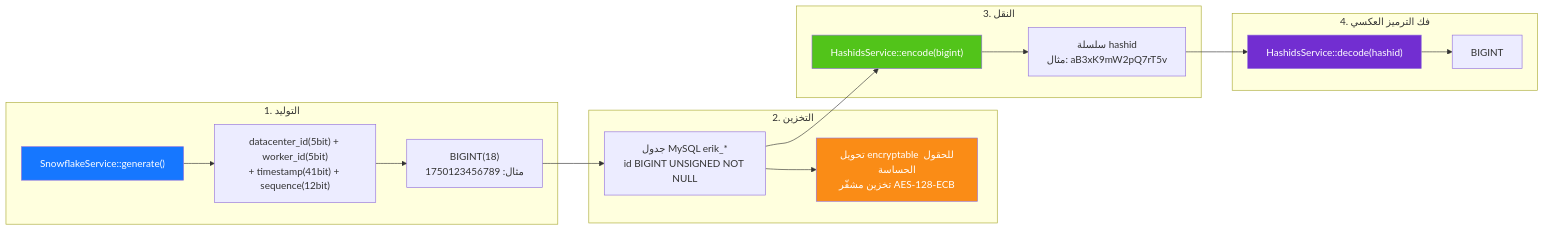
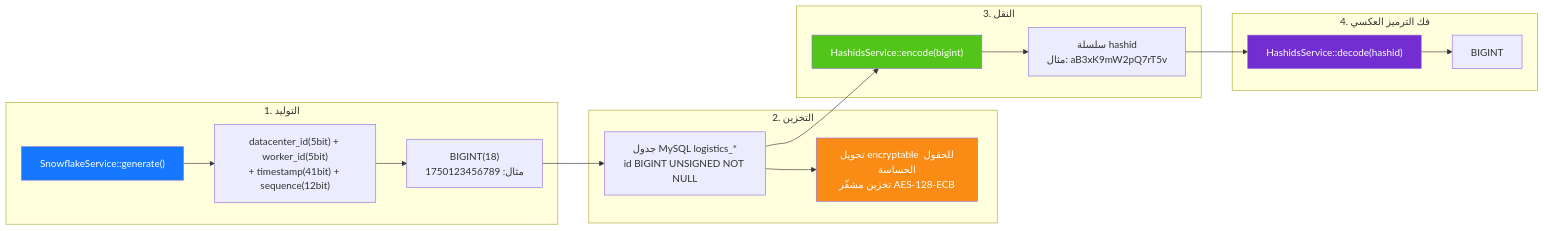
Before and after one commit to erikwang2013/integrated-global-logistics: the diagram in admin/docs/diagrams/06-id-lifecycle.ar.md, drawn with Mermaid. The commit also changed 211 other files, not shown here.

````diff
--- a/admin/docs/diagrams/06-id-lifecycle.ar.md
+++ b/admin/docs/diagrams/06-id-lifecycle.ar.md
@@ -7,32 +7,32 @@
 ```mermaid
 flowchart LR
     subgraph gen["1. التوليد"]
         g1["SnowflakeService::generate()"]
         g2["datacenter_id(5bit) + worker_id(5bit)<br/>+ timestamp(41bit) + sequence(12bit)"]
         g3["BIGINT(18)<br/>مثال: 1750123456789"]
         g1 --> g2 --> g3
     end
 
     subgraph store["2. التخزين"]
-        s1["جدول MySQL erik_*<br/>id BIGINT UNSIGNED NOT NULL"]
+        s1["جدول MySQL logistics_*<br/>id BIGINT UNSIGNED NOT NULL"]
         s2["تحويل encryptable للحقول الحساسة<br/>تخزين مشفّر AES-128-ECB"]
         g3 --> s1 --> s2
     end
 
     subgraph transfer["3. النقل"]
         t1["HashidsService::encode(bigint)"]
         t2["سلسلة hashid<br/>مثال: aB3xK9mW2pQ7rT5v"]
         s1 --> t1 --> t2
     end
 
     subgraph reverse["4. فك الترميز العكسي"]
         r1["HashidsService::decode(hashid)"]
         r2["BIGINT"]
         t2 --> r1 --> r2
     end
 
     style g1 fill:#1677FF,color:#fff
     style s2 fill:#FA8C16,color:#fff
     style t1 fill:#52C41A,color:#fff
     style r1 fill:#722ED1,color:#fff
 ```
````
